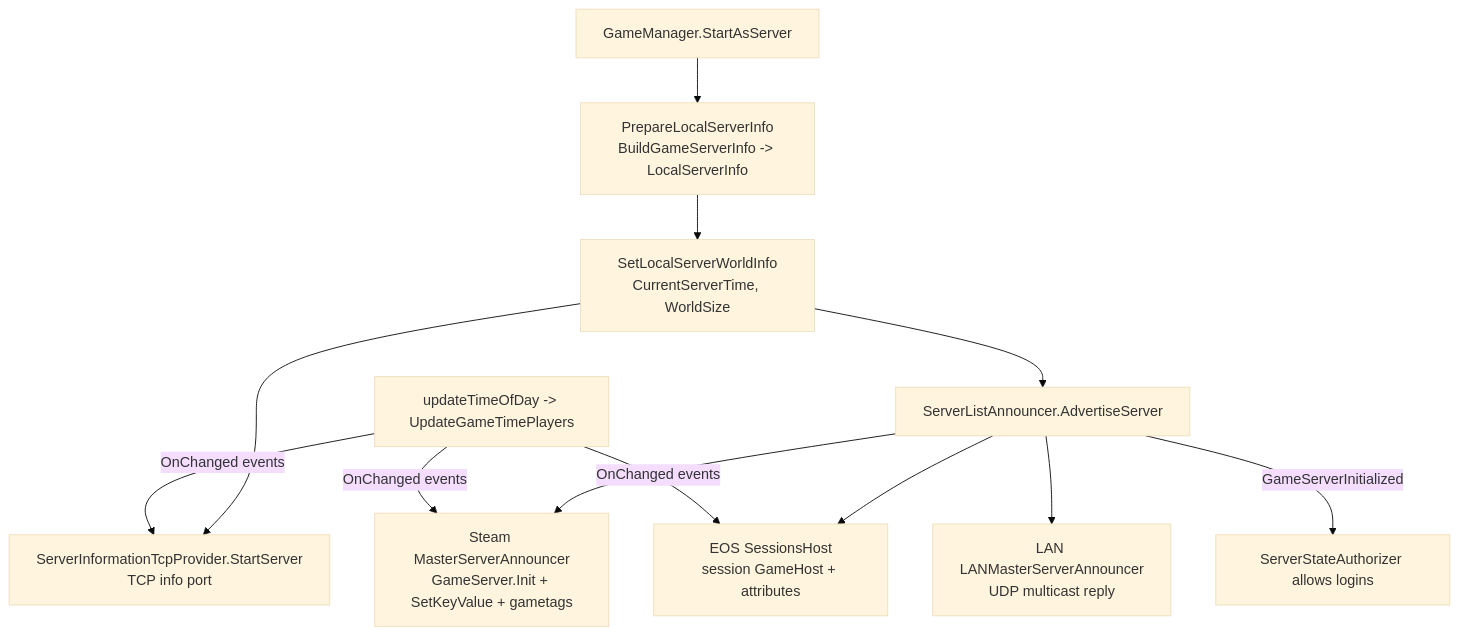
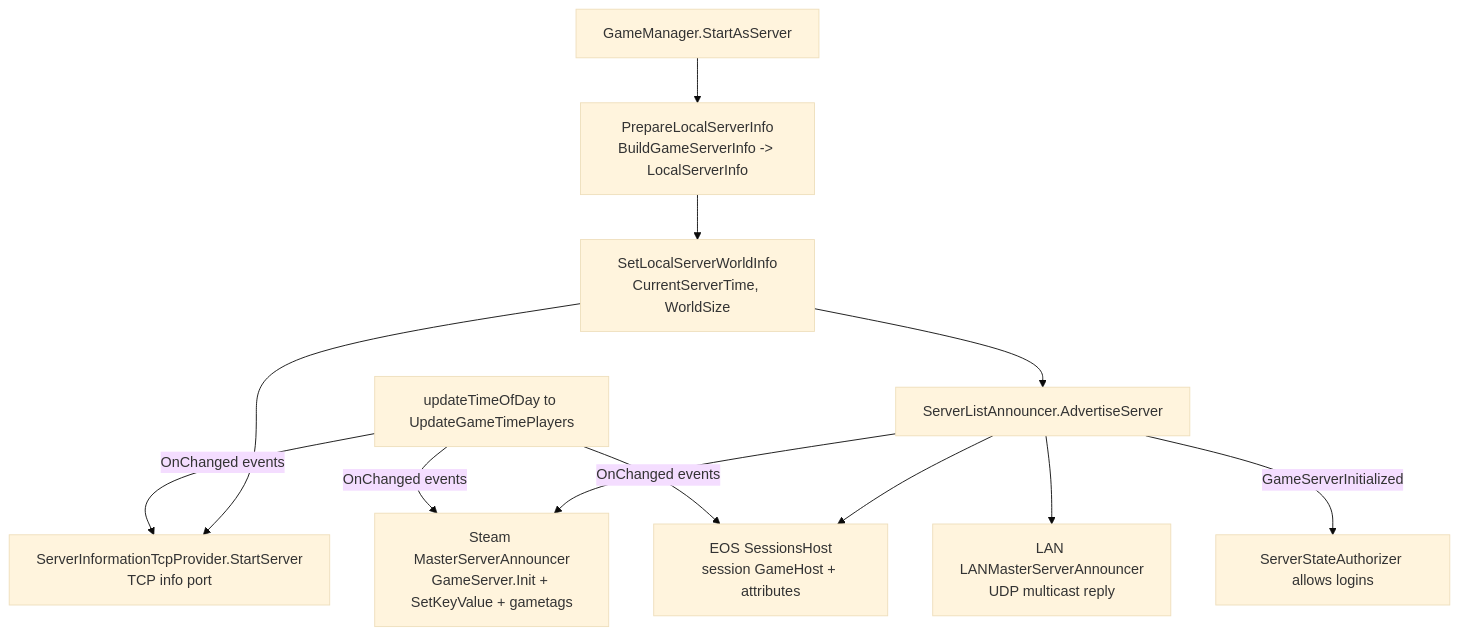
Before and after one commit to hordeforge/7dtd-engine-research: the first of 2 diagrams in docs/server-browser-prefabs.md, drawn with Mermaid (base theme). The commit also changed 15 other files, not shown here.

First line of the commit message:
Map every state machine and fix mermaid 8.6 breakages corpus-wide

````diff
--- a/docs/server-browser-prefabs.md
+++ b/docs/server-browser-prefabs.md
@@ -109,12 +109,14 @@
 ```mermaid
 flowchart TB
   SAS[GameManager.StartAsServer] --> P[PrepareLocalServerInfo\nBuildGameServerInfo -> LocalServerInfo]
   P --> W[SetLocalServerWorldInfo\nCurrentServerTime, WorldSize]
   W --> T[ServerInformationTcpProvider.StartServer\nTCP info port]
   W --> A[ServerListAnnouncer.AdvertiseServer]
   A --> ST[Steam MasterServerAnnouncer\nGameServer.Init + SetKeyValue + gametags]
   A --> EO[EOS SessionsHost\nsession GameHost + attributes]
   A --> LA[LAN LANMasterServerAnnouncer\nUDP multicast reply]
   A -->|GameServerInitialized| AUTH[ServerStateAuthorizer allows logins]
-  U[updateTimeOfDay -> UpdateGameTimePlayers] -->|OnChanged events| ST & EO & T
+  U[updateTimeOfDay to UpdateGameTimePlayers] -->|OnChanged events| ST
+  U -->|OnChanged events| EO
+  U -->|OnChanged events| T
 ```
````
